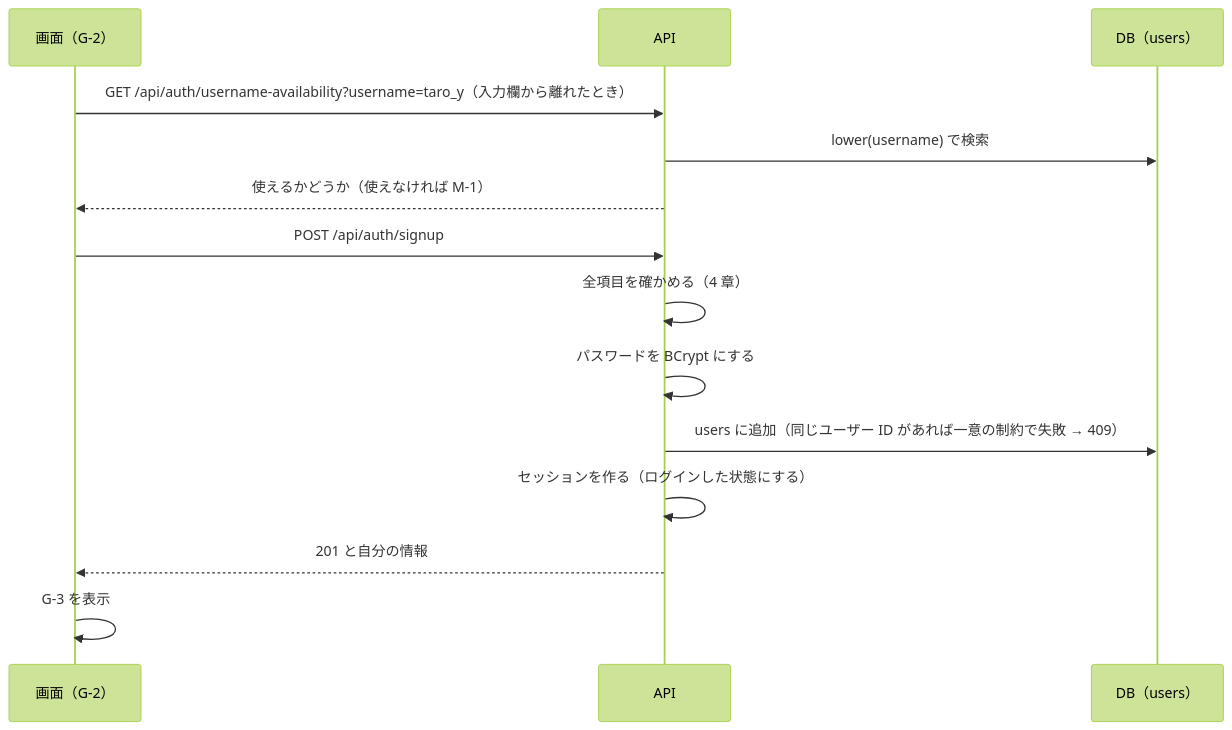
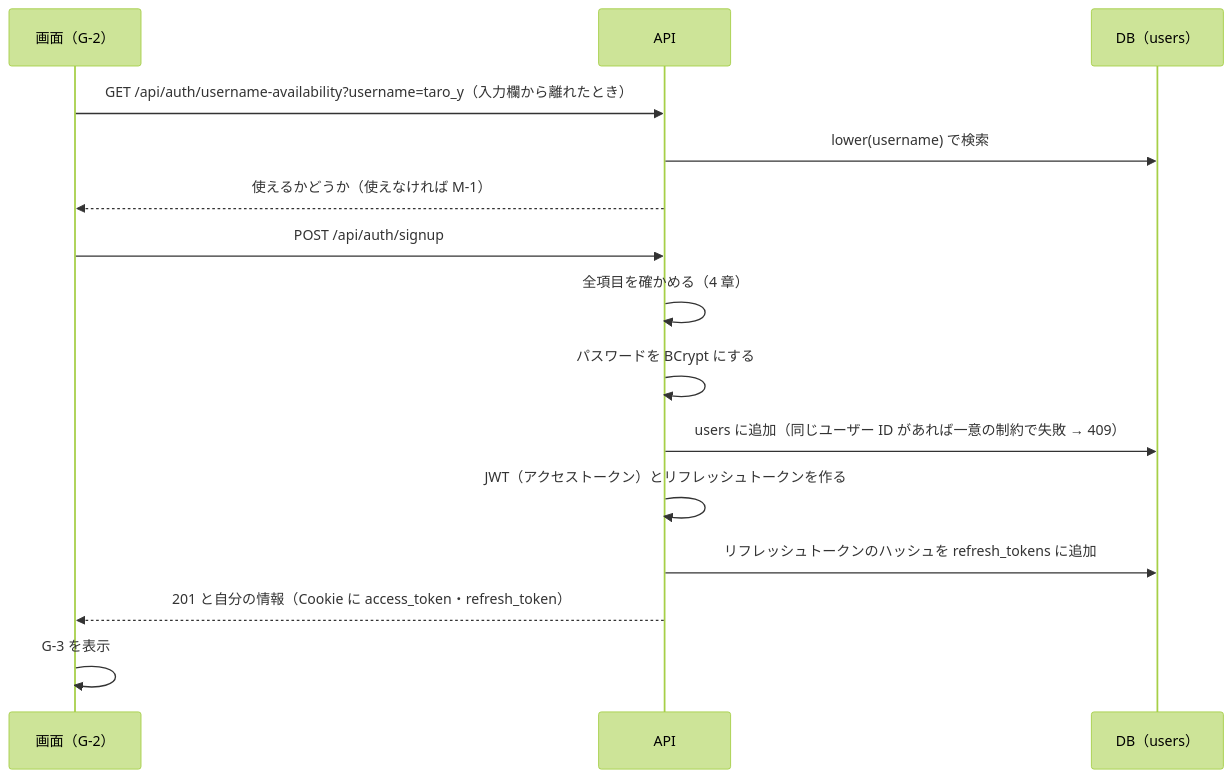
Before and after one commit to y0408e0301-star/raise-timeline: the first of 4 diagrams in docs/functions/fn01-auth.md, drawn with Mermaid (forest theme). The commit also changed other lines of this file and 14 other files, not shown here.

````diff
--- a/docs/functions/fn01-auth.md
+++ b/docs/functions/fn01-auth.md
@@ -51,17 +52,18 @@
 ```mermaid
 sequenceDiagram
     participant B as 画面（G-2）
     participant A as API
     participant D as DB（users）
 
     B->>A: GET /api/auth/username-availability?username=taro_y（入力欄から離れたとき）
     A->>D: lower(username) で検索
     A-->>B: 使えるかどうか（使えなければ M-1）
     B->>A: POST /api/auth/signup
     A->>A: 全項目を確かめる（4 章）
     A->>A: パスワードを BCrypt にする
     A->>D: users に追加（同じユーザー ID があれば一意の制約で失敗 → 409）
-    A->>A: セッションを作る（ログインした状態にする）
-    A-->>B: 201 と自分の情報
+    A->>A: JWT（アクセストークン）とリフレッシュトークンを作る
+    A->>D: リフレッシュトークンのハッシュを refresh_tokens に追加
+    A-->>B: 201 と自分の情報（Cookie に access_token・refresh_token）
     B->>B: G-3 を表示
 ```
````
